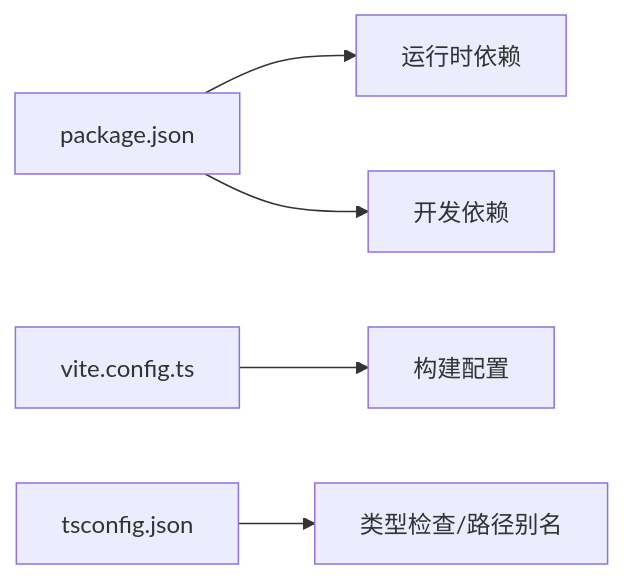
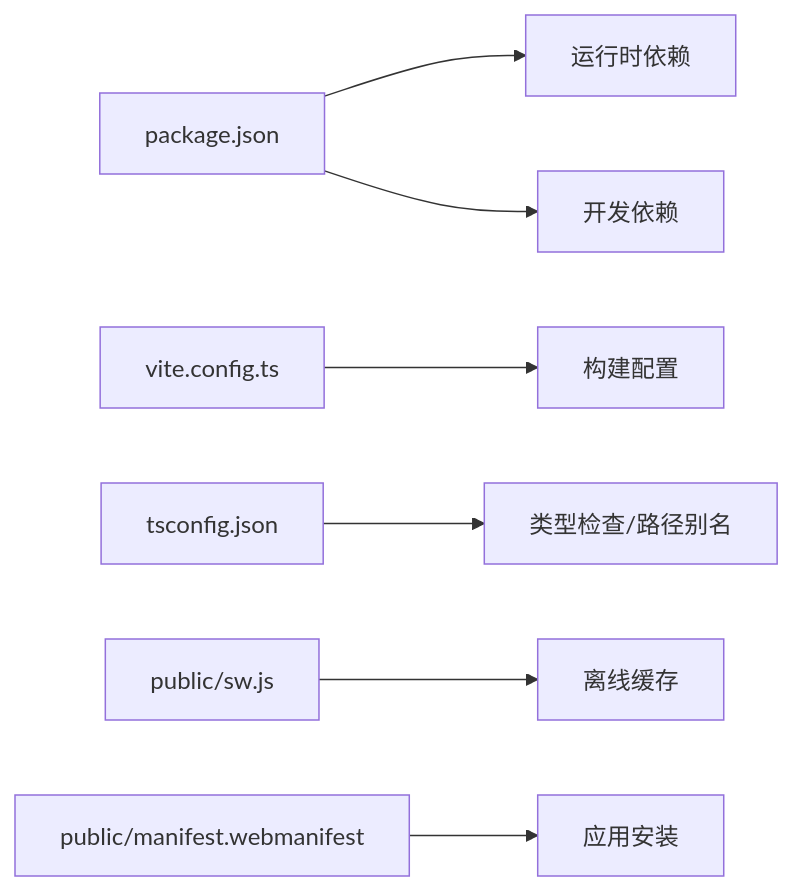
One commit to dgjin/smart-data-analytics changed the ninth of 9 diagrams in .qoder/repowiki/zh/content/前端应用/应用架构设计.md. Above: the diagram before and after it, drawn with Mermaid. The commit also changed other lines of this file and 146 other files, not shown here.

````diff
--- a/.qoder/repowiki/zh/content/前端应用/应用架构设计.md
+++ b/.qoder/repowiki/zh/content/前端应用/应用架构设计.md
@@ -303,7 +444,9 @@
 ```mermaid
 graph LR
 Pkg["package.json"] --> Deps["运行时依赖"]
 Pkg --> DevDeps["开发依赖"]
 Vite["vite.config.ts"] --> Build["构建配置"]
 TS["tsconfig.json"] --> Types["类型检查/路径别名"]
+SW["public/sw.js"] --> Cache["离线缓存"]
+Manifest["public/manifest.webmanifest"] --> Install["应用安装"]
 ```
````
